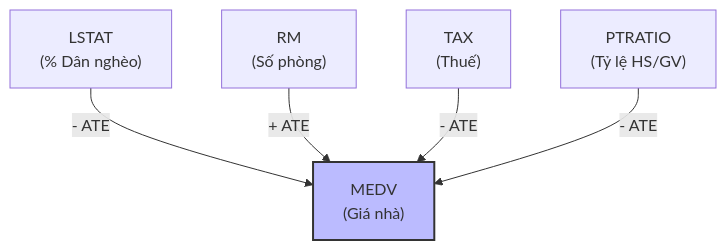
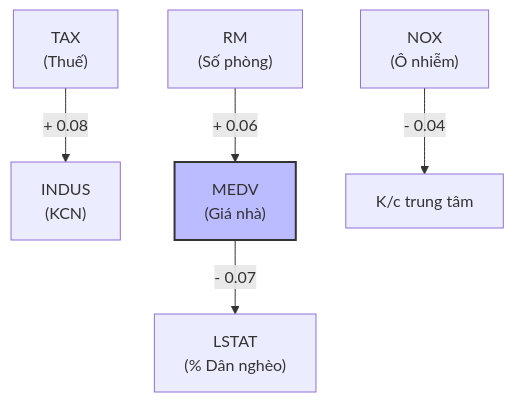
Before and after one commit to manhthai1706/DeepANM: the third of 3 diagrams in docx/Chuong4_KetQuaThucNghiem.md, drawn with Mermaid. The commit also changed other lines of this file and 1 other file, not shown here.

````diff
--- a/docx/Chuong4_KetQuaThucNghiem.md
+++ b/docx/Chuong4_KetQuaThucNghiem.md
@@ -141,9 +142,9 @@
 ```mermaid
 graph TD
-    LSTAT["LSTAT<br/>(% Dân nghèo)"] -- "- ATE" --> MEDV["MEDV<br/>(Giá nhà)"]
-    RM["RM<br/>(Số phòng)"] -- "+ ATE" --> MEDV
-    TAX["TAX<br/>(Thuế)"] -- "- ATE" --> MEDV
-    PTRATIO["PTRATIO<br/>(Tỷ lệ HS/GV)"] -- "- ATE" --> MEDV
+    TAX["TAX<br/>(Thuế)"] -- "+ 0.08" --> INDUS["INDUS<br/>(KCN)"]
+    RM["RM<br/>(Số phòng)"] -- "+ 0.06" --> MEDV["MEDV<br/>(Giá nhà)"]
+    MEDV["MEDV<br/>(Giá nhà)"] -- "- 0.07" --> LSTAT["LSTAT<br/>(% Dân nghèo)"]
+    NOX["NOX<br/>(Ô nhiễm)"] -- "- 0.04" --> DIS["K/c trung tâm"]
     
     style MEDV fill:#bbf,stroke:#333,stroke-width:2px
 ```
````
